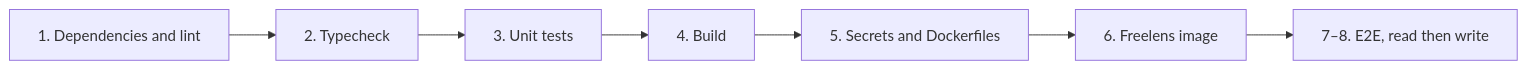
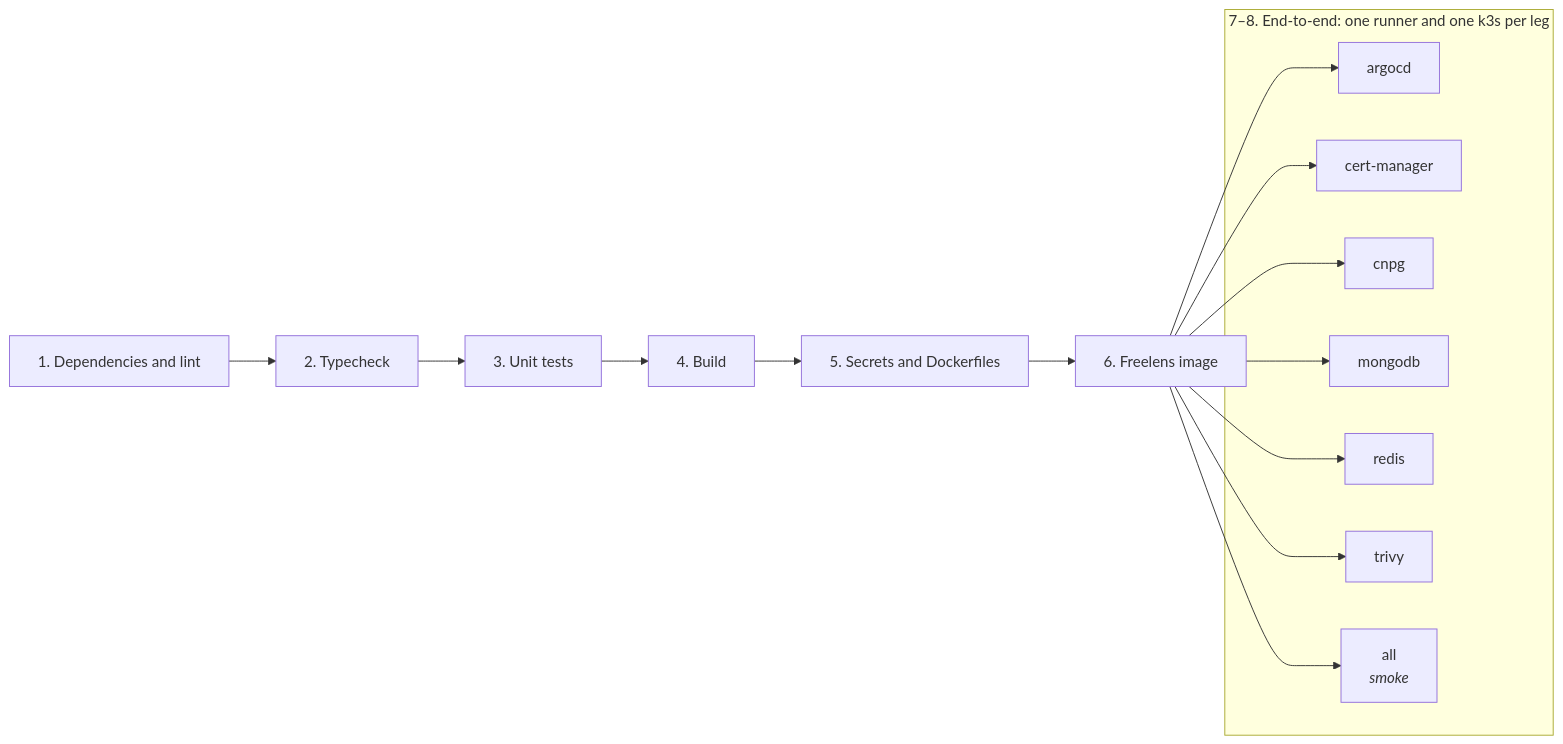
Before and after one commit to DiegoBulhoes/freelens-addons: the second of 2 diagrams in docs/testing.md, drawn with Mermaid. The commit also changed other lines of this file and 25 other files, not shown here.

````diff
--- a/docs/testing.md
+++ b/docs/testing.md
@@ -147,5 +159,15 @@
 ```mermaid
 flowchart LR
   L["1. Dependencies and lint"] --> T["2. Typecheck"] --> U["3. Unit tests"] --> B["4. Build"]
-  B --> S["5. Secrets and Dockerfiles"] --> I["6. Freelens image"] --> E["7–8. E2E, read then write"]
+  B --> S["5. Secrets and Dockerfiles"] --> I["6. Freelens image"]
+  subgraph E["7–8. End-to-end: one runner and one k3s per leg"]
+    A["argocd"]
+    C["cert-manager"]
+    N["cnpg"]
+    M["mongodb"]
+    R["redis"]
+    V["trivy"]
+    X["all<br/><i>smoke</i>"]
+  end
+  I --> A & C & N & M & R & V & X
 ```
````
